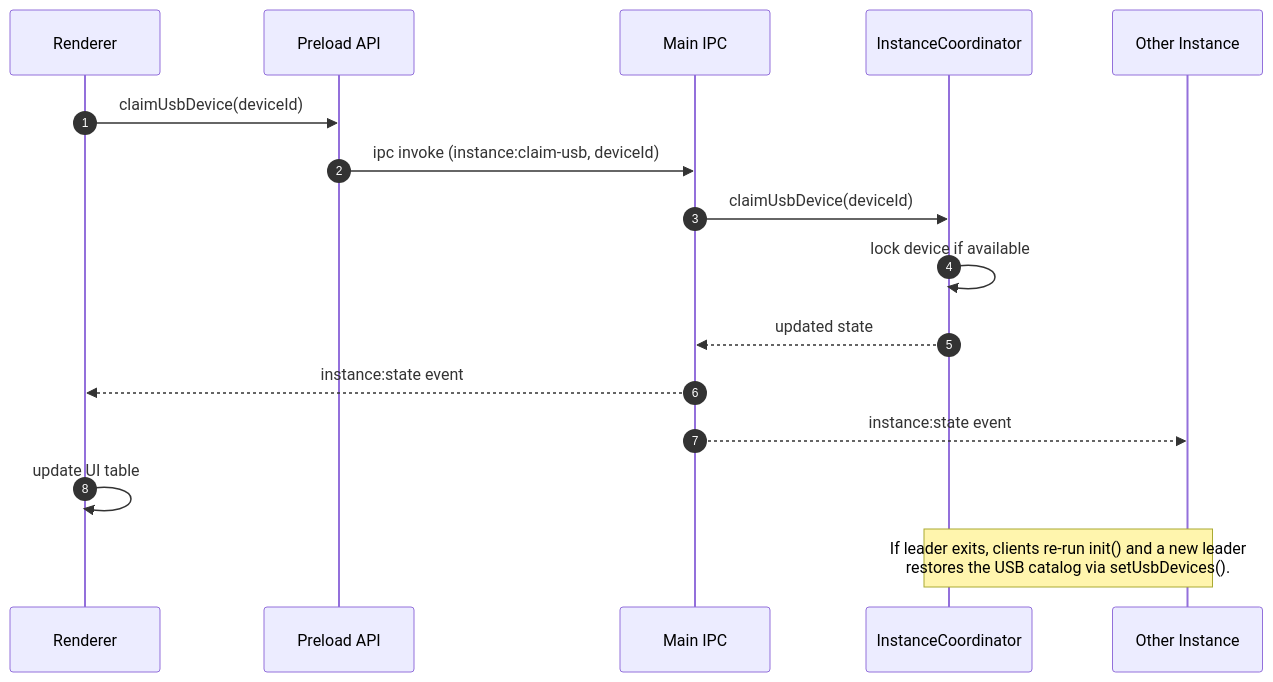
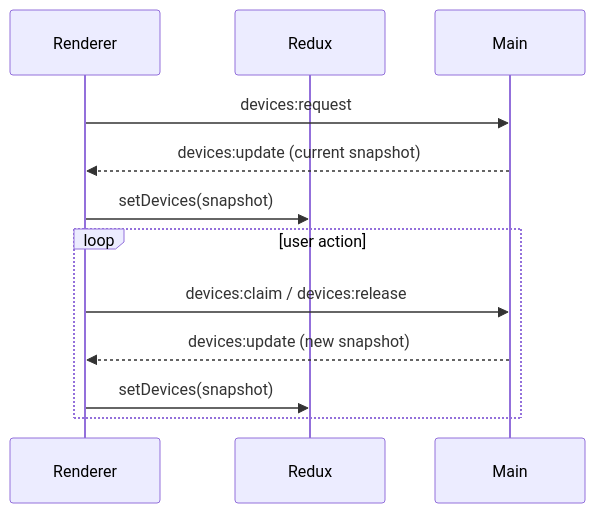
Before and after one commit to BlueStarVN101/Electron_Project_Core: the diagram in README.md, drawn with Mermaid. The commit also changed other lines of this file and 24 other files, not shown here.

````diff
--- a/README.md
+++ b/README.md
@@ -109,20 +40,15 @@
 ```mermaid
 sequenceDiagram
-    autonumber
     participant Renderer
-    participant Preload as Preload API
-    participant Main as Main IPC
-    participant Coord as InstanceCoordinator
-    participant Peer as Other Instance
+    participant Redux
+    participant Main
 
-    Renderer->>Preload: claimUsbDevice(deviceId)
-    Preload->>Main: ipc invoke (instance:claim-usb, deviceId)
-    Main->>Coord: claimUsbDevice(deviceId)
-    Coord->>Coord: lock device if available
-    Coord-->>Main: updated state
-    Main-->>Renderer: instance:state event
-    Main-->>Peer: instance:state event
-    Renderer->>Renderer: update UI table
-
-    Note over Coord,Peer: If leader exits, clients re-run init() and a new leader<br/>restores the USB catalog via setUsbDevices().
+    Renderer->>Main: devices:request
+    Main-->>Renderer: devices:update (current snapshot)
+    Renderer->>Redux: setDevices(snapshot)
+    loop user action
+        Renderer->>Main: devices:claim / devices:release
+        Main-->>Renderer: devices:update (new snapshot)
+        Renderer->>Redux: setDevices(snapshot)
+    end
 ```
````
